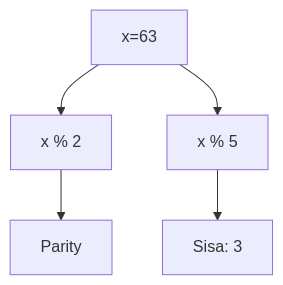
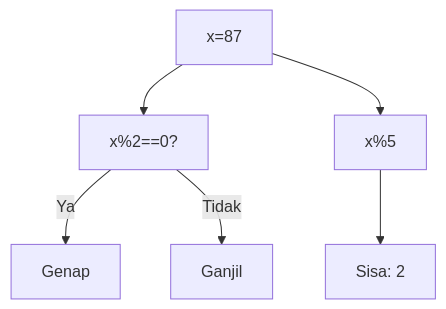
The ninth of 25 diagrams in part-c-pemahaman-cpp/02-percabangan/latihan/set-06.md (amnahwaida/OSNK_INF_PREP), drawn with Mermaid before and after one commit. The commit also changed other lines of this file and 71 other files, not shown here.

Commit message:
Fixed Mermaid syntax lexical errors with quoted labels in 1,800 questions

````diff
--- a/part-c-pemahaman-cpp/02-percabangan/latihan/set-06.md
+++ b/part-c-pemahaman-cpp/02-percabangan/latihan/set-06.md
@@ -207,7 +270,8 @@
 ```mermaid
 graph TD
-A[x=63] --> B[x % 2]
-B --> C[Parity]
-A --> D[x % 5]
-D --> E[Sisa: 3]
+A["x=87"] --> B["x%2==0?"]
+B -- Ya --> C["Genap"]
+B -- Tidak --> D["Ganjil"]
+A --> E["x%5"]
+E --> F["Sisa: 2"]
 ```
````
